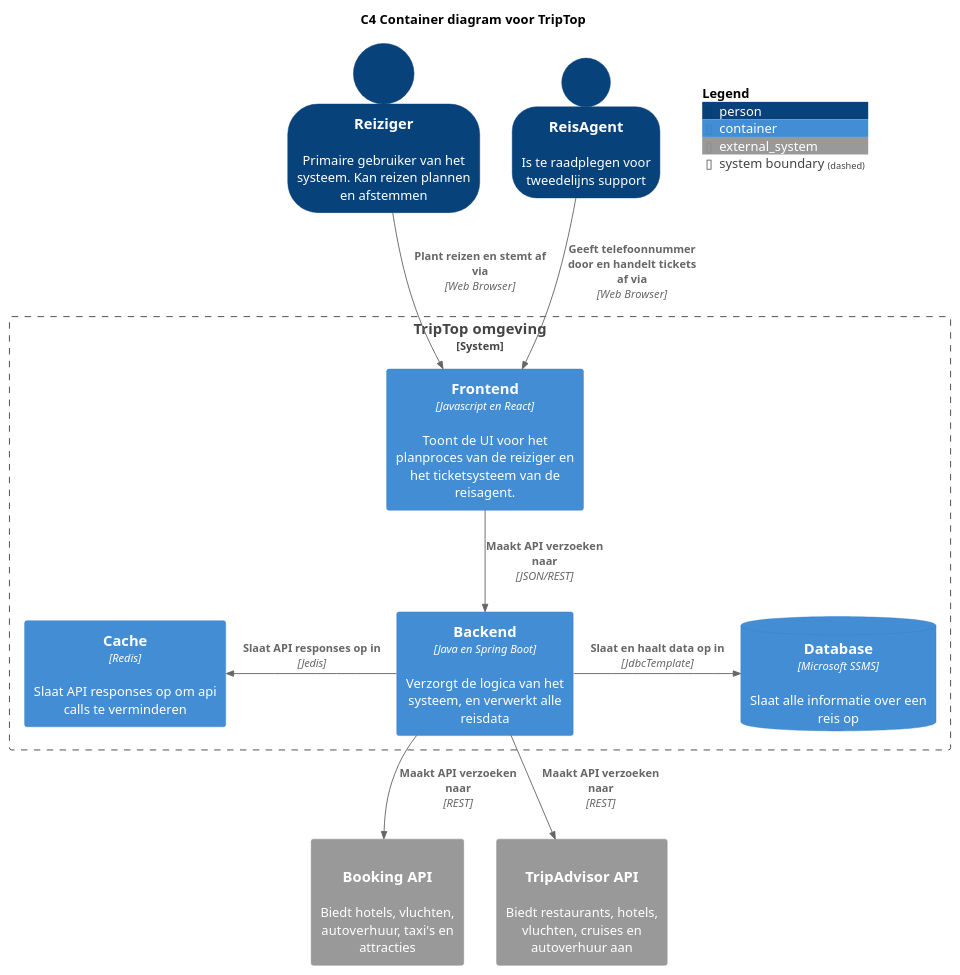
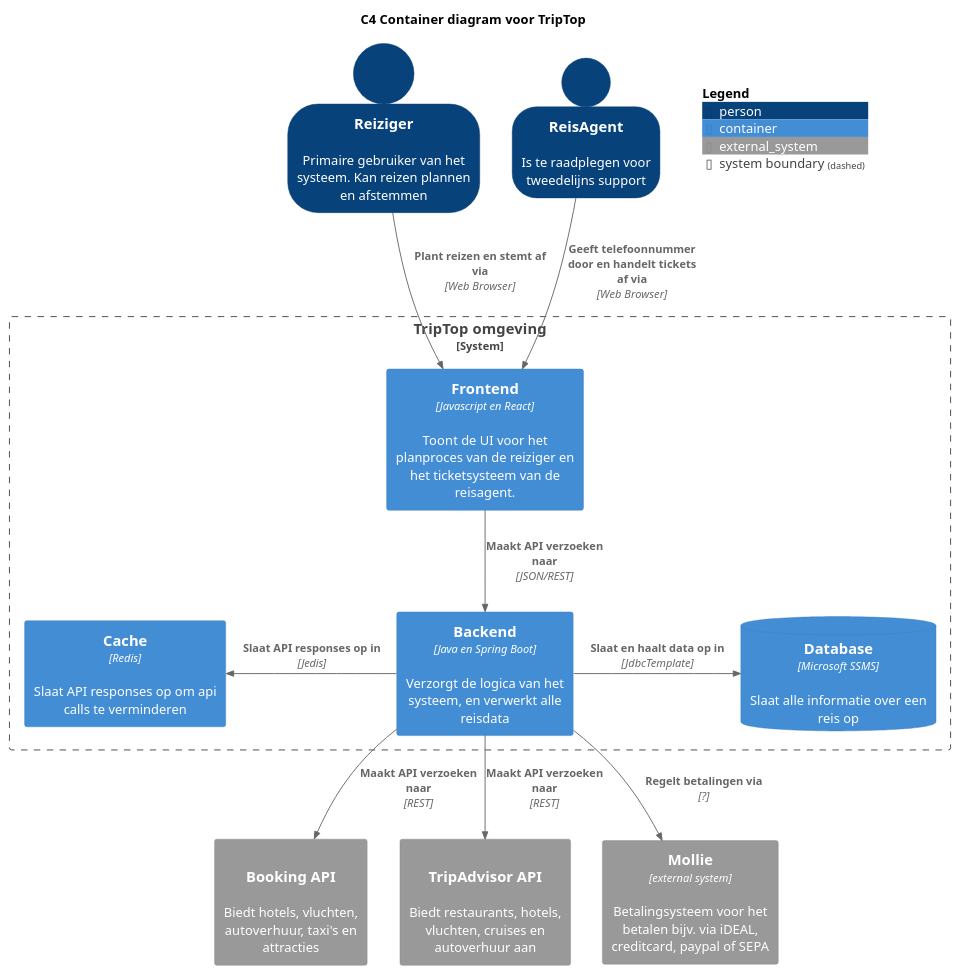
Before and after one commit to AIM-ENE-feb25/triptop-groep-4-jochem-roald-stijn-a: the diagram in software-guidebook/container-diagram.puml, drawn with PlantUML. The commit also changed 8 other files, not shown here.

```diff
--- a/software-guidebook/container-diagram.puml
+++ b/software-guidebook/container-diagram.puml
@@ -1,39 +1,41 @@
 @startuml C4 Container diagram voor TripTop
 title C4 Container diagram voor TripTop
 !include <C4/C4_Container.puml>
 
 top to bottom direction
 
 SHOW_PERSON_OUTLINE()
 
 Person(reiziger, "Reiziger", "Primaire gebruiker van het systeem. Kan reizen plannen en afstemmen")
 Person(reisagent, "ReisAgent", "Is te raadplegen voor tweedelijns support")
 
 System_Boundary(system, "TripTop omgeving") {
     Container(frontend, "Frontend", "Javascript en React", "Toont de UI voor het planproces van de reiziger en het ticketsysteem van de reisagent.")
     Container(backend, "Backend", "Java en Spring Boot", "Verzorgt de logica van het systeem, en verwerkt alle reisdata")
     ContainerDb(db, "Database", "Microsoft SSMS", "Slaat alle informatie over een reis op")
     Container(cache, "Cache", "Redis", "Slaat API responses op om api calls te verminderen")
 }
 
 System_Ext(booking, "Booking API", "Biedt hotels, vluchten, autoverhuur, taxi's en attracties", "REST")
 System_Ext(tripadvisor, "TripAdvisor API", "Biedt restaurants, hotels, vluchten, cruises en autoverhuur aan", "REST")
+System_Ext(mollie, "Mollie", "Betalingsysteem voor het betalen bijv. via iDEAL, creditcard, paypal of SEPA", $type="external system")
 
 ' USERS
 Rel(reiziger, frontend, "Plant reizen en stemt af via", "Web Browser")
 Rel(reisagent, frontend, "Geeft telefoonnummer door en handelt tickets af via", "Web Browser")
 
 ' SYSTEM
 Rel(frontend, backend, "Maakt API verzoeken naar", "JSON/REST")
 Rel_R(backend, db, "Slaat en haalt data op in", "JdbcTemplate")
 Rel_L(backend, cache, "Slaat API responses op in", "Jedis")
 
 ' EXTERNAL SYSTEMS
 ' TODO: vind de api's zodat dit kan worden ingevuld met correcte informatie
 
 Rel(backend, booking, "Maakt API verzoeken naar", "REST")
 Rel(backend, tripadvisor, "Maakt API verzoeken naar", "REST")
+Rel(backend, mollie, "Regelt betalingen via", "?")
 
 SHOW_FLOATING_LEGEND()
 
 @enduml
```
